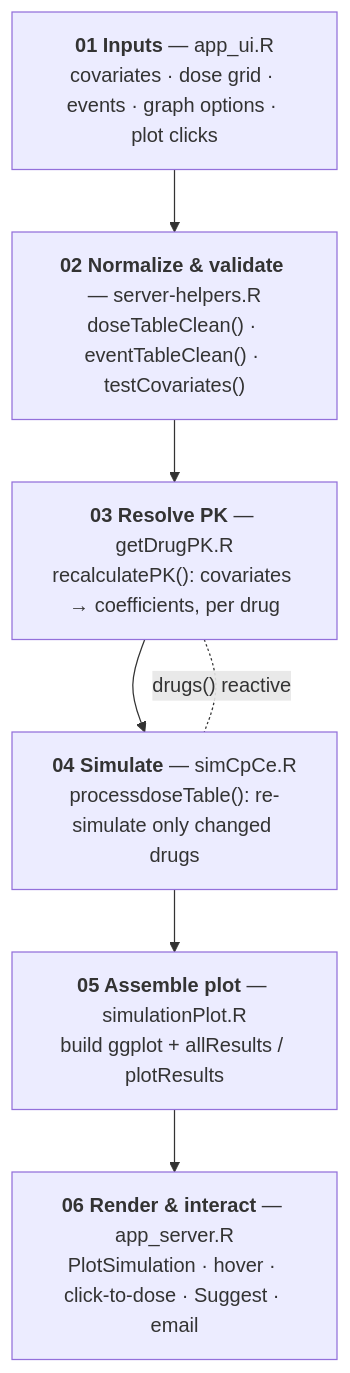
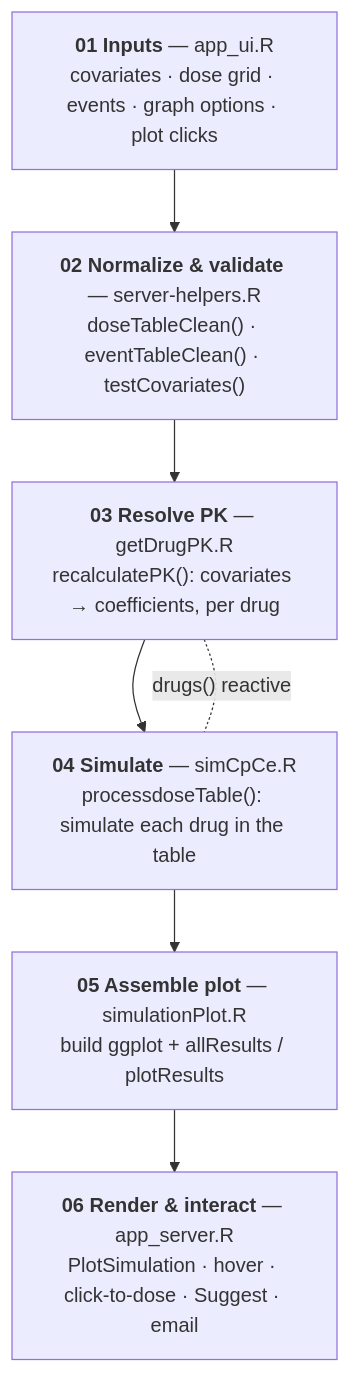
Before and after one commit to StevenLShafer/stanpumpR: the diagram in docs/architecture.md, drawn with Mermaid. The commit also changed other lines of this file and 20 other files, not shown here.

````diff
--- a/docs/architecture.md
+++ b/docs/architecture.md
@@ -27,11 +27,11 @@
 ```mermaid
 flowchart TD
     A["<b>01 Inputs</b> — app_ui.R<br/>covariates · dose grid · events · graph options · plot clicks"]
     B["<b>02 Normalize & validate</b> — server-helpers.R<br/>doseTableClean() · eventTableClean() · testCovariates()"]
     C["<b>03 Resolve PK</b> — getDrugPK.R<br/>recalculatePK(): covariates → coefficients, per drug"]
-    D["<b>04 Simulate</b> — simCpCe.R<br/>processdoseTable(): re-simulate only changed drugs"]
+    D["<b>04 Simulate</b> — simCpCe.R<br/>processdoseTable(): simulate each drug in the table"]
     E["<b>05 Assemble plot</b> — simulationPlot.R<br/>build ggplot + allResults / plotResults"]
     F["<b>06 Render & interact</b> — app_server.R<br/>PlotSimulation · hover · click-to-dose · Suggest · email"]
     A --> B --> C --> D --> E --> F
     C -. "drugs() reactive" .- D
 ```
````
